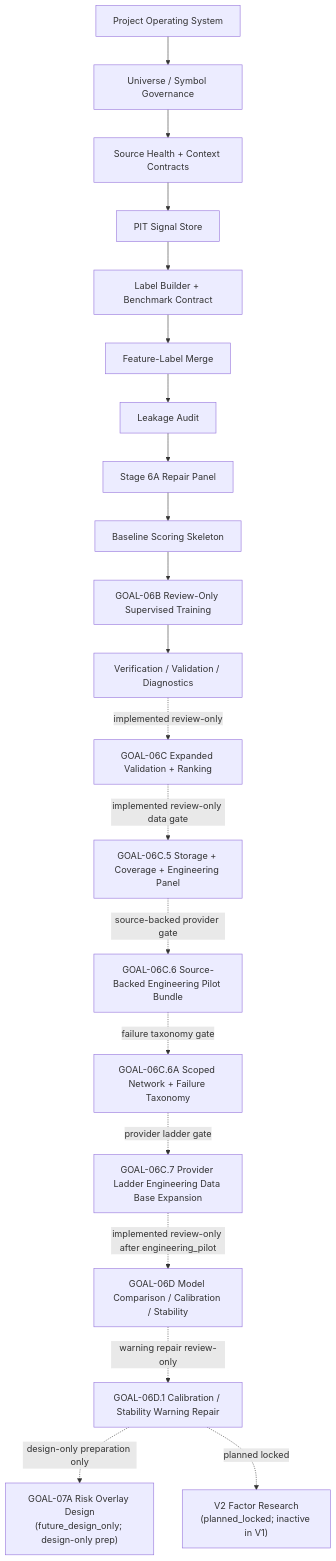
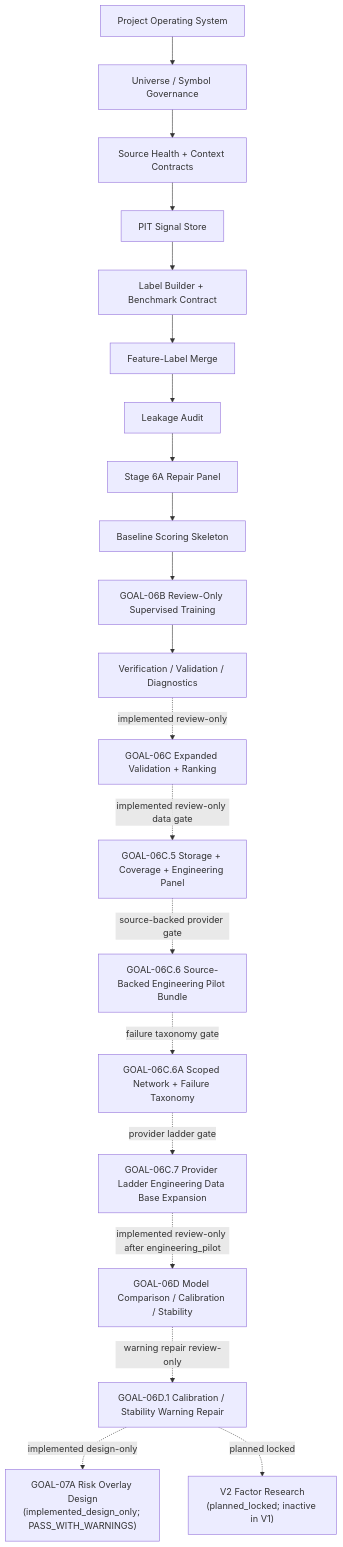
Before and after one commit to RyanLu0203/A_share_premarket_core: the diagram in docs/10_PROGRAM_ROADMAP_AND_ARCHITECTURE.md, drawn with Mermaid. The commit also changed other lines of this file and 81 other files, not shown here.

Commit message:
Add GOAL-07A risk overlay design gate

````diff
--- a/docs/10_PROGRAM_ROADMAP_AND_ARCHITECTURE.md
+++ b/docs/10_PROGRAM_ROADMAP_AND_ARCHITECTURE.md
@@ -11,22 +11,22 @@
 ```mermaid
 flowchart TD
     A["Project Operating System"] --> B["Universe / Symbol Governance"]
     B --> C["Source Health + Context Contracts"]
     C --> D["PIT Signal Store"]
     D --> E["Label Builder + Benchmark Contract"]
     E --> F["Feature-Label Merge"]
     F --> G["Leakage Audit"]
     G --> H["Stage 6A Repair Panel"]
     H --> I["Baseline Scoring Skeleton"]
     I --> J["GOAL-06B Review-Only Supervised Training"]
     J --> K["Verification / Validation / Diagnostics"]
     K -. "implemented review-only" .-> L["GOAL-06C Expanded Validation + Ranking"]
     L -. "implemented review-only data gate" .-> N["GOAL-06C.5 Storage + Coverage + Engineering Panel"]
     N -. "source-backed provider gate" .-> O["GOAL-06C.6 Source-Backed Engineering Pilot Bundle"]
     O -. "failure taxonomy gate" .-> P["GOAL-06C.6A Scoped Network + Failure Taxonomy"]
     P -. "provider ladder gate" .-> Q["GOAL-06C.7 Provider Ladder Engineering Data Base Expansion"]
     Q -. "implemented review-only after engineering_pilot" .-> M["GOAL-06D Model Comparison / Calibration / Stability"]
     M -. "warning repair review-only" .-> M2["GOAL-06D.1 Calibration / Stability Warning Repair"]
-    M2 -. "design-only preparation only" .-> R["GOAL-07A Risk Overlay Design<br/>(future_design_only; design-only prep)"]
+    M2 -. "implemented design-only" .-> R["GOAL-07A Risk Overlay Design<br/>(implemented_design_only; PASS_WITH_WARNINGS)"]
     M2 -. "planned locked" .-> V2["V2 Factor Research<br/>(planned_locked; inactive in V1)"]
 ```
````
